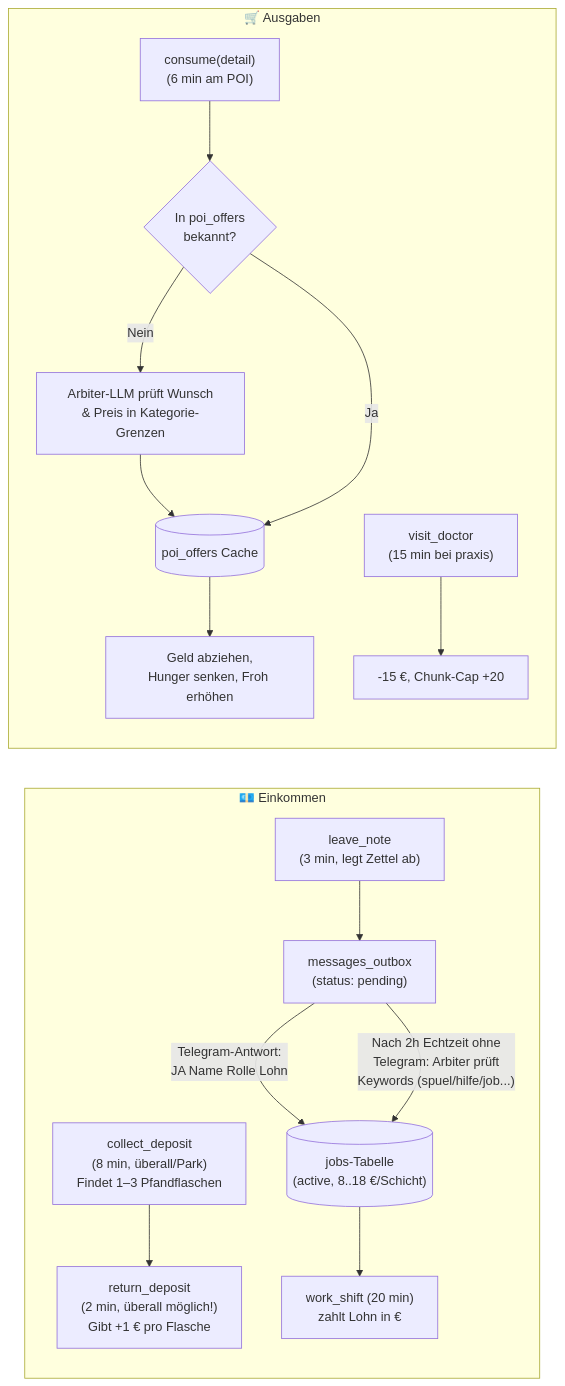
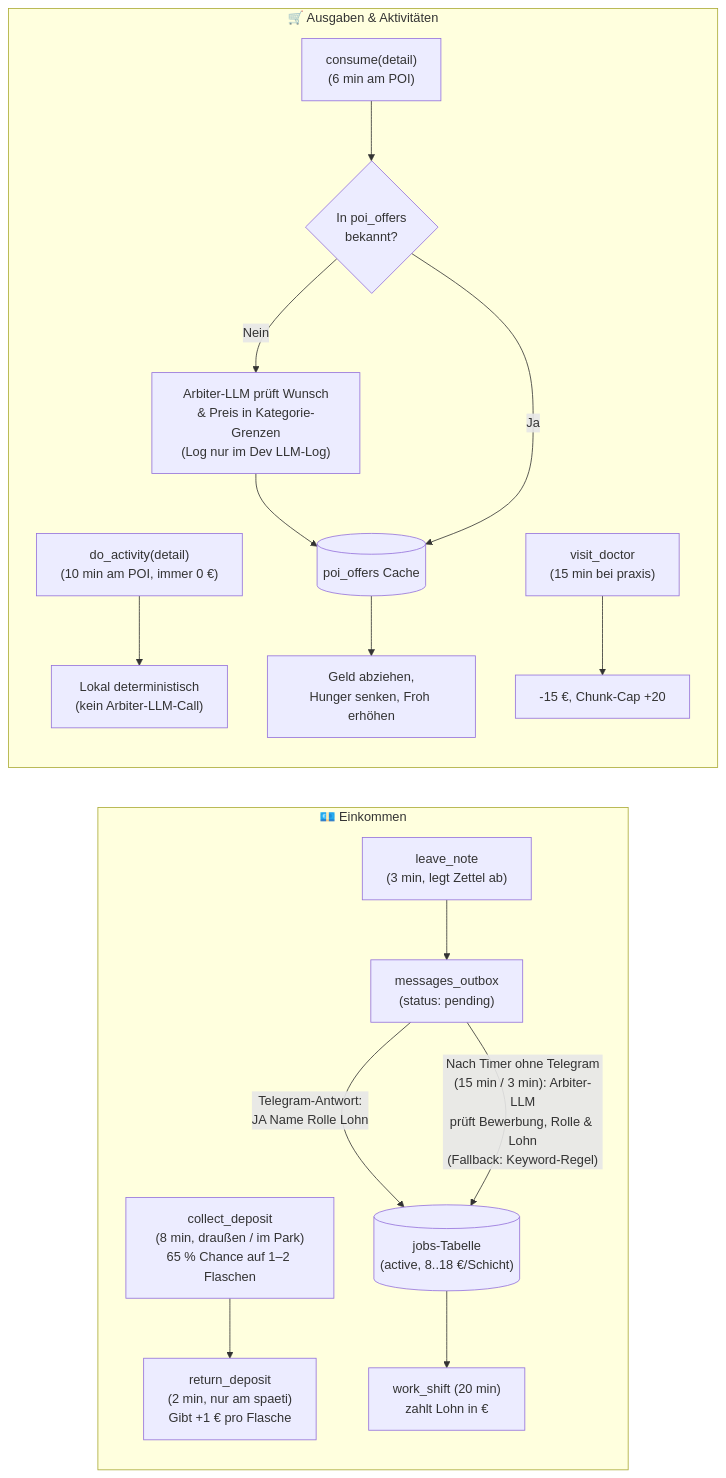
One commit to jenerseb/aiquarium changed the third of 4 diagrams in gehirn_und_welt_logik.md. Above: the diagram before and after it, drawn with Mermaid. The commit also changed other lines of this file and 7 other files, not shown here.

First line of the commit message:
feat: optimize arbiter LLM calls and refine economy rules

````diff
--- a/gehirn_und_welt_logik.md
+++ b/gehirn_und_welt_logik.md
@@ -101,21 +101,22 @@
 ```mermaid
 flowchart LR
     subgraph Einkommen["💶 Einkommen"]
         direction TB
-        Pfand1["collect_deposit<br/>(8 min, überall/Park)<br/>Findet 1–3 Pfandflaschen"] --> Pfand2["return_deposit<br/>(2 min, überall möglich!)<br/>Gibt +1 € pro Flasche"]
+        Pfand1["collect_deposit<br/>(8 min, draußen / im Park)<br/>65 % Chance auf 1–2 Flaschen"] --> Pfand2["return_deposit<br/>(2 min, nur am spaeti)<br/>Gibt +1 € pro Flasche"]
         Note["leave_note<br/>(3 min, legt Zettel ab)"] --> Outbox["messages_outbox<br/>(status: pending)"]
         Outbox -- "Telegram-Antwort:<br/>JA Name Rolle Lohn" --> JobDB[("jobs-Tabelle<br/>(active, 8..18 €/Schicht)")]
-        Outbox -- "Nach 2h Echtzeit ohne<br/>Telegram: Arbiter prüft<br/>Keywords (spuel/hilfe/job...)" --> JobDB
+        Outbox -- "Nach Timer ohne Telegram<br/>(15 min / 3 min): Arbiter-LLM<br/>prüft Bewerbung, Rolle & Lohn<br/>(Fallback: Keyword-Regel)" --> JobDB
         JobDB --> Shift["work_shift (20 min)<br/>zahlt Lohn in €"]
     end
 
-    subgraph Ausgaben["🛒 Ausgaben"]
+    subgraph Ausgaben["🛒 Ausgaben & Aktivitäten"]
         direction TB
+        Act["do_activity(detail)<br/>(10 min am POI, immer 0 €)"] --> ActDet["Lokal deterministisch<br/>(kein Arbiter-LLM-Call)"]
         Consume["consume(detail)<br/>(6 min am POI)"] --> CacheCheck{"In poi_offers<br/>bekannt?"}
-        CacheCheck -- "Nein" --> ArbLLM["Arbiter-LLM prüft Wunsch<br/>& Preis in Kategorie-Grenzen"]
+        CacheCheck -- "Nein" --> ArbLLM["Arbiter-LLM prüft Wunsch<br/>& Preis in Kategorie-Grenzen<br/>(Log nur im Dev LLM-Log)"]
         ArbLLM --> SaveOffer[("poi_offers Cache")]
         CacheCheck -- "Ja" --> SaveOffer
         SaveOffer --> Pay["Geld abziehen,<br/>Hunger senken, Froh erhöhen"]
         Doc["visit_doctor<br/>(15 min bei praxis)"] --> PayDoc["-15 €, Chunk-Cap +20"]
     end
 ```
````
